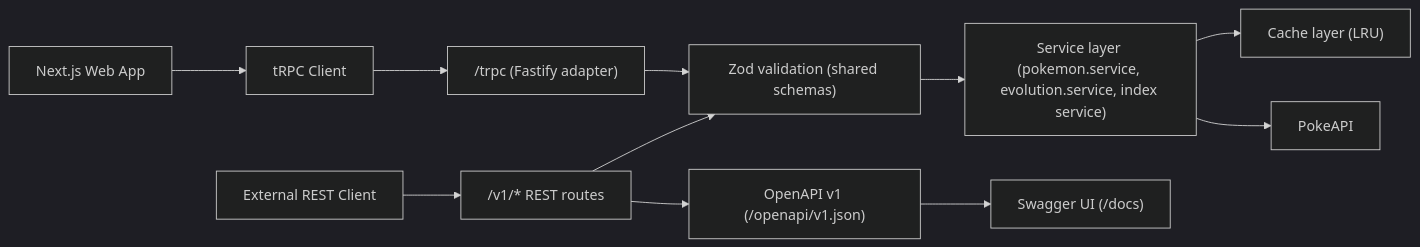
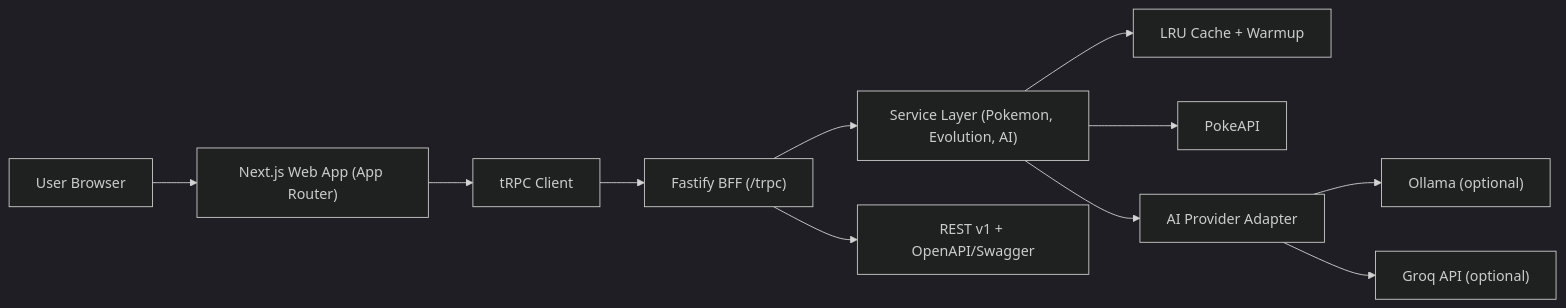
The diagram in README.md (Marcos-Barranquero/tech-challenge), drawn with Mermaid (dark theme) before and after one commit. The commit also changed other lines of this file and 22 other files, not shown here.

````diff
--- a/README.md
+++ b/README.md
@@ -136,13 +19,13 @@
 ```mermaid
 flowchart LR
-  A["Next.js Web App"] --> B["tRPC Client"]
-  B --> C["/trpc (Fastify adapter)"]
-  R["External REST Client"] --> D["/v1/* REST routes"]
-  D --> E["Zod validation (shared schemas)"]
-  C --> E
-  E --> F["Service layer (pokemon.service, evolution.service, index service)"]
-  F --> G["Cache layer (LRU)"]
-  F --> H["PokeAPI"]
-  D --> I["OpenAPI v1 (/openapi/v1.json)"]
-  I --> J["Swagger UI (/docs)"]
+  U["User Browser"] --> W["Next.js Web App (App Router)"]
+  W --> T["tRPC Client"]
+  T --> B["Fastify BFF (/trpc)"]
+  B --> S["Service Layer (Pokemon, Evolution, AI)"]
+  S --> C["LRU Cache + Warmup"]
+  S --> P["PokeAPI"]
+  S --> A["AI Provider Adapter"]
+  A --> O["Ollama (optional)"]
+  A --> G["Groq API (optional)"]
+  B --> R["REST v1 + OpenAPI/Swagger"]
 ```
````
